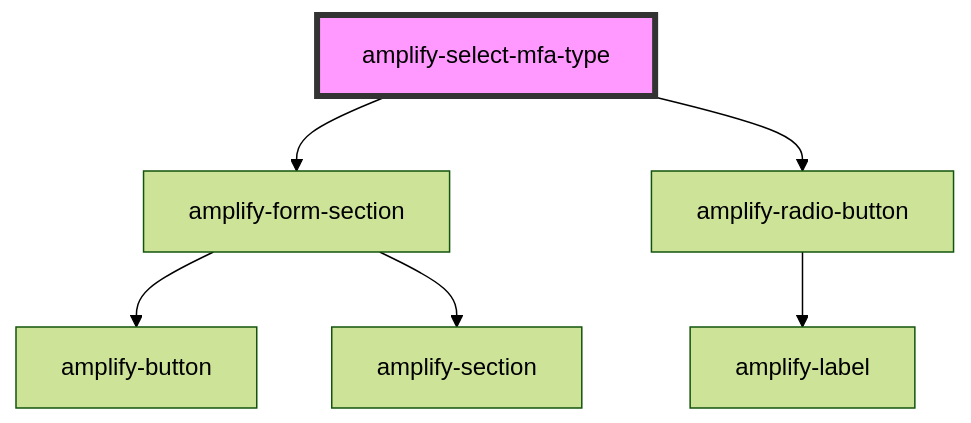
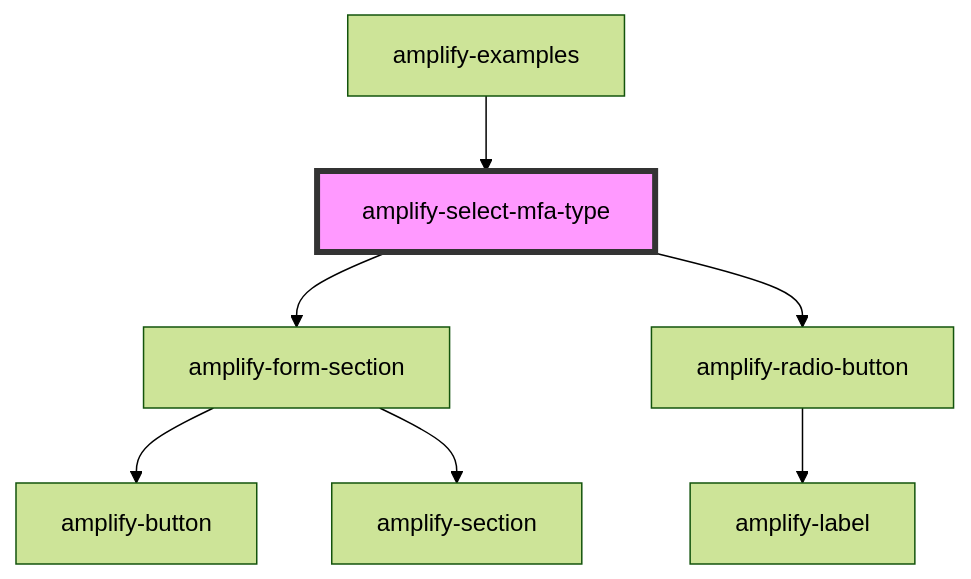
The diagram in packages/amplify-ui-components/src/components/amplify-select-mfa-type/readme.md (aws-amplify/amplify-js), drawn with Mermaid (forest theme) before and after one commit. The commit also changed other lines of this file and 12 other files, not shown here.

````diff
--- a/packages/amplify-ui-components/src/components/amplify-select-mfa-type/readme.md
+++ b/packages/amplify-ui-components/src/components/amplify-select-mfa-type/readme.md
@@ -23,9 +27,10 @@
 ```mermaid
 graph TD;
   amplify-select-mfa-type --> amplify-form-section
   amplify-select-mfa-type --> amplify-radio-button
   amplify-form-section --> amplify-button
   amplify-form-section --> amplify-section
   amplify-radio-button --> amplify-label
+  amplify-examples --> amplify-select-mfa-type
   style amplify-select-mfa-type fill:#f9f,stroke:#333,stroke-width:4px
 ```
````
